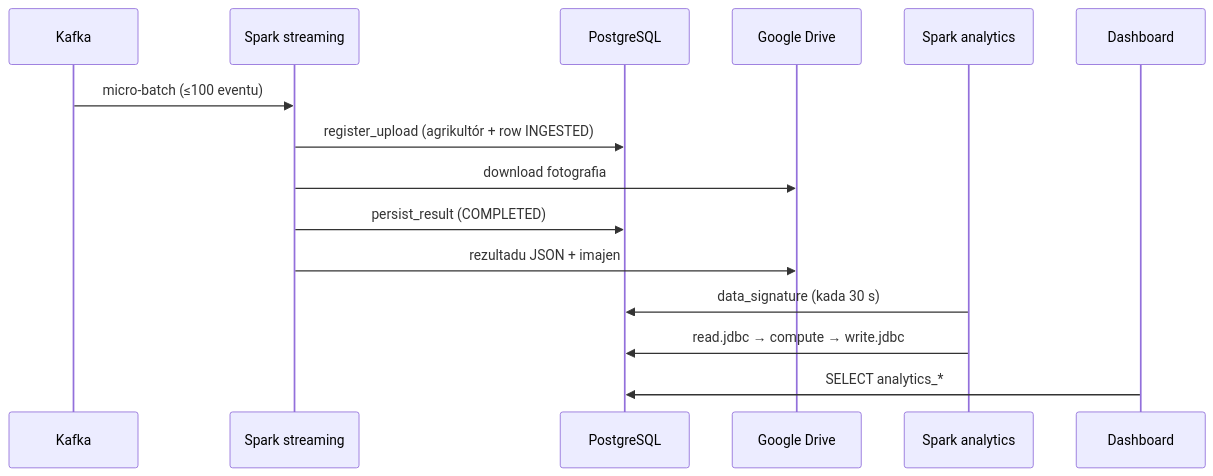
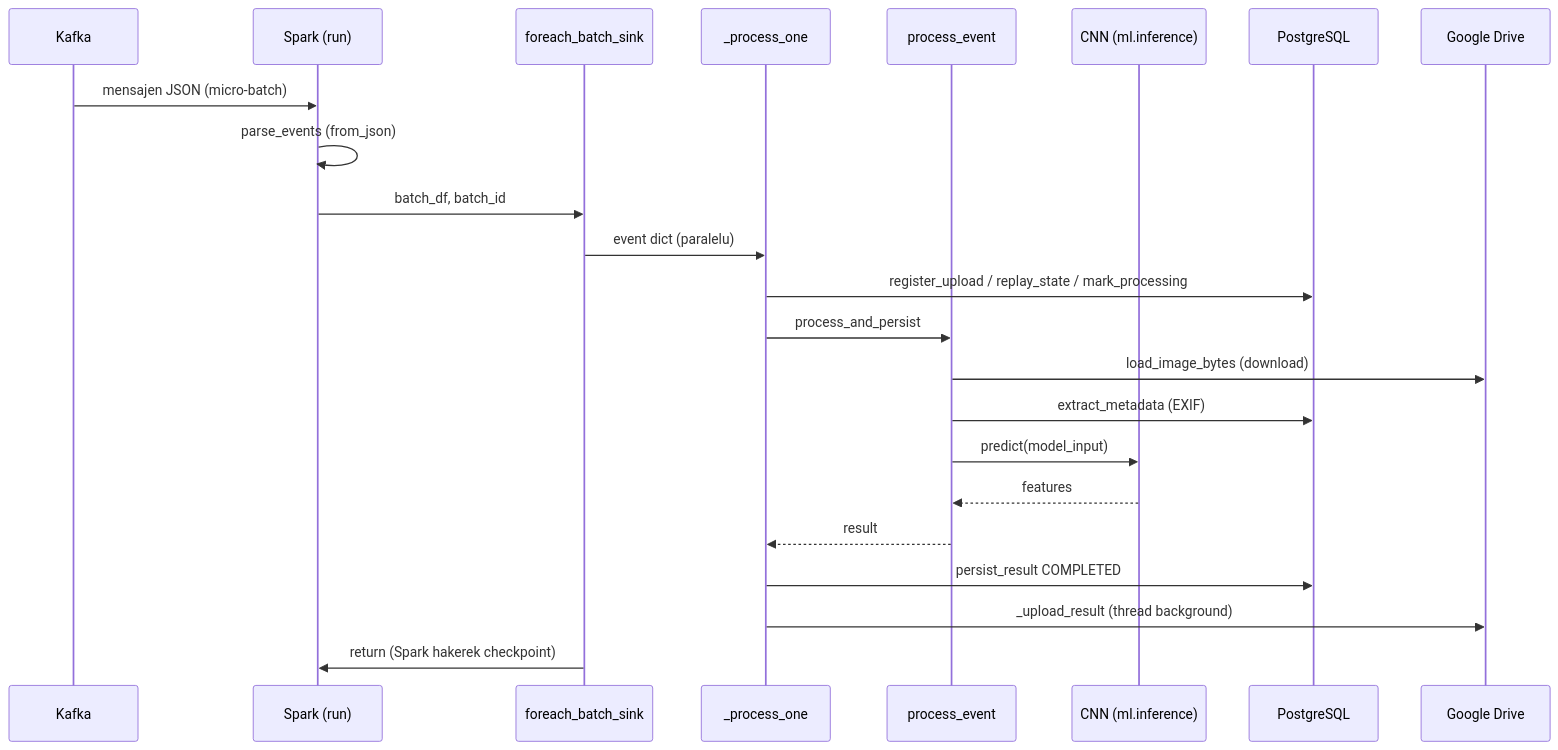
The third of 4 diagrams in documentation/technical_modules/src/01_spark_module.md (AOD-collab/-crop-disease-ews), drawn with Mermaid before and after one commit. The commit also changed other lines of this file and 41 other files, not shown here.

````diff
--- a/documentation/technical_modules/src/01_spark_module.md
+++ b/documentation/technical_modules/src/01_spark_module.md
@@ -779,17 +238,25 @@
 ```mermaid
 sequenceDiagram
     participant K as Kafka
-    participant S as Spark streaming
-    participant DB as PostgreSQL
-    participant GD as Google Drive
-    participant A as Spark analytics
-    participant D as Dashboard
-    K->>S: micro-batch (≤100 eventu)
-    S->>DB: register_upload (agrikultór + row INGESTED)
-    S->>GD: download fotografia
-    S->>DB: persist_result (COMPLETED)
-    S->>GD: rezultadu JSON + imajen
-    A->>DB: data_signature (kada 30 s)
-    A->>DB: read.jdbc → compute → write.jdbc
-    D->>DB: SELECT analytics_*
+    participant S as Spark (run)
+    participant B as foreach_batch_sink
+    participant P as _process_one
+    participant E as process_event
+    participant C as CNN (ml.inference)
+    participant D as PostgreSQL
+    participant G as Google Drive
+    K->>S: mensajen JSON (micro-batch)
+    S->>S: parse_events (from_json)
+    S->>B: batch_df, batch_id
+    B->>P: event dict (paralelu)
+    P->>D: register_upload / replay_state / mark_processing
+    P->>E: process_and_persist
+    E->>G: load_image_bytes (download)
+    E->>D: extract_metadata (EXIF)
+    E->>C: predict(model_input)
+    C-->>E: features
+    E-->>P: result
+    P->>D: persist_result COMPLETED
+    P->>G: _upload_result (thread background)
+    B->>S: return (Spark hakerek checkpoint)
 ```
````
